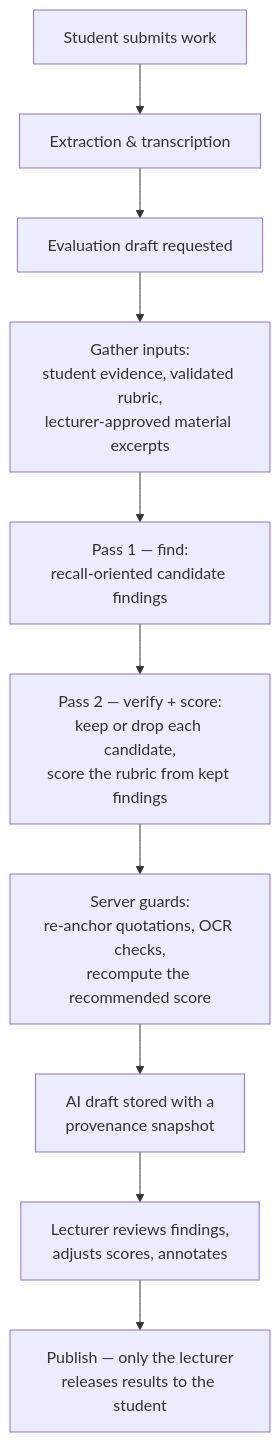
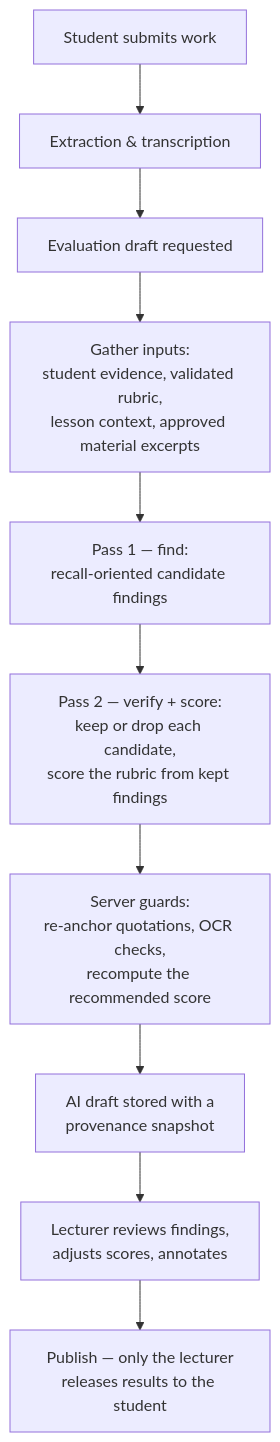
Before and after one commit to sakabakabaa/laras: the first of 2 diagrams in docs-site/docs/how-it-works/ai-feedback/index.md, drawn with Mermaid. The commit also changed other lines of this file and 14 other files, not shown here.

First line of the commit message:
docs: add flowcharts to every how-it-works page (en + id)

````diff
--- a/docs-site/docs/how-it-works/ai-feedback/index.md
+++ b/docs-site/docs/how-it-works/ai-feedback/index.md
@@ -13,12 +13,12 @@
 ```mermaid
 flowchart TD
   A[Student submits work] --> B[Extraction & transcription]
   B --> C[Evaluation draft requested]
-  C --> D[Gather inputs:<br/>student evidence, validated rubric,<br/>lecturer-approved material excerpts]
+  C --> D[Gather inputs:<br/>student evidence, validated rubric,<br/>lesson context, approved material excerpts]
   D --> E[Pass 1 — find:<br/>recall-oriented candidate findings]
   E --> F[Pass 2 — verify + score:<br/>keep or drop each candidate,<br/>score the rubric from kept findings]
   F --> G[Server guards:<br/>re-anchor quotations, OCR checks,<br/>recompute the recommended score]
   G --> H[AI draft stored with a<br/>provenance snapshot]
   H --> I[Lecturer reviews findings,<br/>adjusts scores, annotates]
   I --> J[Publish — only the lecturer<br/>releases results to the student]
 ```
````
